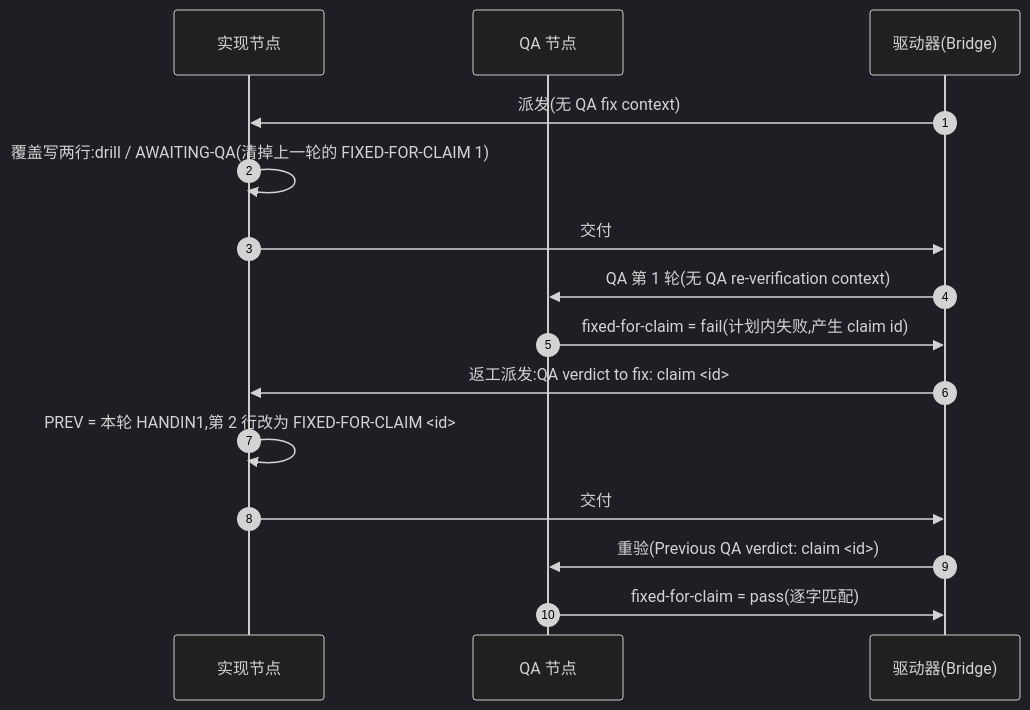
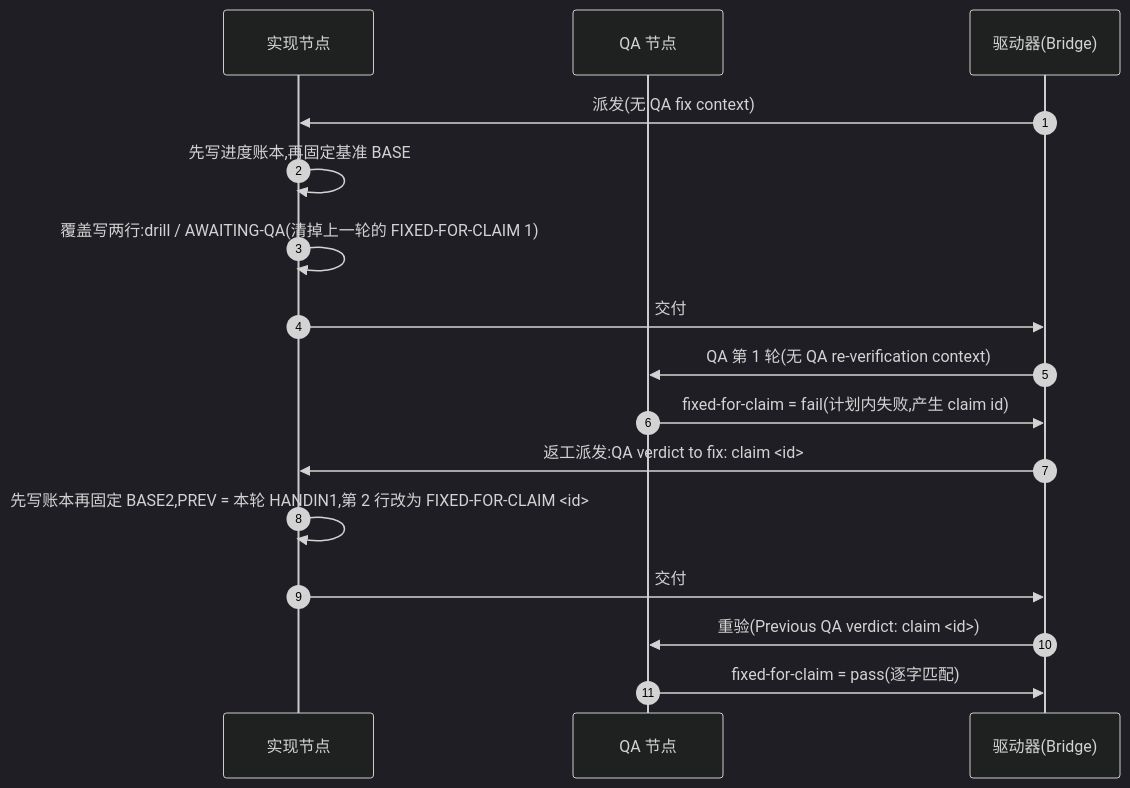
Before and after one commit to xrliAnnie/flywheel-qa-sandbox: the diagram in engineering/doc/FLY-3150-real-runner-drill/d1-core-flow.mmd, drawn with Mermaid (dark theme). The commit also changed 2 other files, not shown here.

Commit message:
docs(FLY-3150): founder design HTML for run 56c48d76

```diff
--- a/engineering/doc/FLY-3150-real-runner-drill/d1-core-flow.mmd
+++ b/engineering/doc/FLY-3150-real-runner-drill/d1-core-flow.mmd
@@ -1,15 +1,16 @@
 sequenceDiagram
     autonumber
     participant I as 实现节点
     participant Q as QA 节点
     participant B as 驱动器(Bridge)
     B->>I: 派发(无 QA fix context)
+    I->>I: 先写进度账本,再固定基准 BASE
     I->>I: 覆盖写两行:drill / AWAITING-QA(清掉上一轮的 FIXED-FOR-CLAIM 1)
-    I->>B: 交付 #1(摘要带 run=251c390a HANDIN1=SHA)
+    I->>B: 交付 #1:只含一个单文件提交(摘要带 run=56c48d76 HANDIN1=SHA)
     B->>Q: QA 第 1 轮(无 QA re-verification context)
     Q->>B: fixed-for-claim = fail(计划内失败,产生 claim id)
     B->>I: 返工派发:QA verdict to fix: claim <id>
-    I->>I: PREV = 本轮 HANDIN1,第 2 行改为 FIXED-FOR-CLAIM <id>
-    I->>B: 交付 #2(HANDIN2)
+    I->>I: 先写账本再固定 BASE2,PREV = 本轮 HANDIN1,第 2 行改为 FIXED-FOR-CLAIM <id>
+    I->>B: 交付 #2:只含一个单文件提交(HANDIN2)
     B->>Q: 重验(Previous QA verdict: claim <id>)
     Q->>B: fixed-for-claim = pass(逐字匹配)
```
